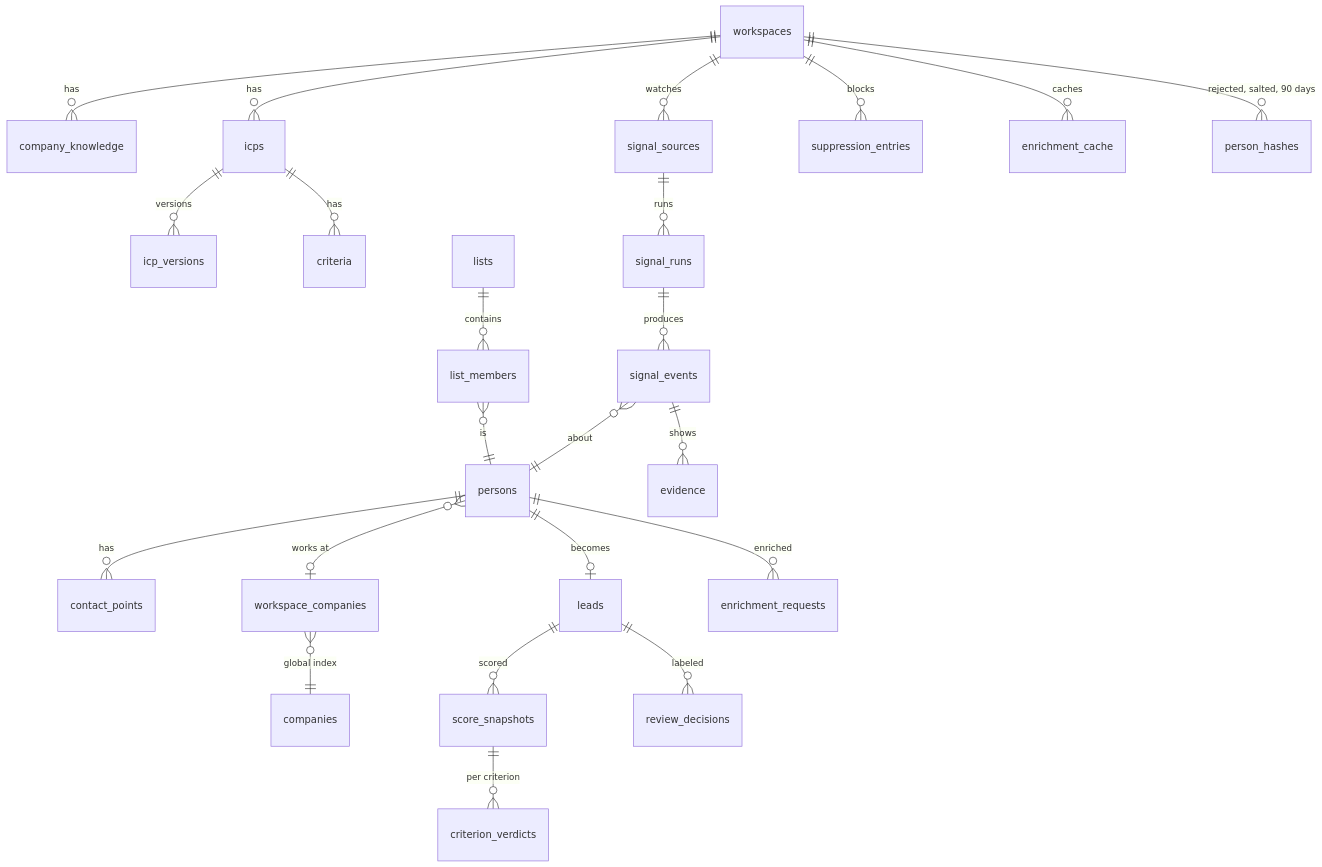
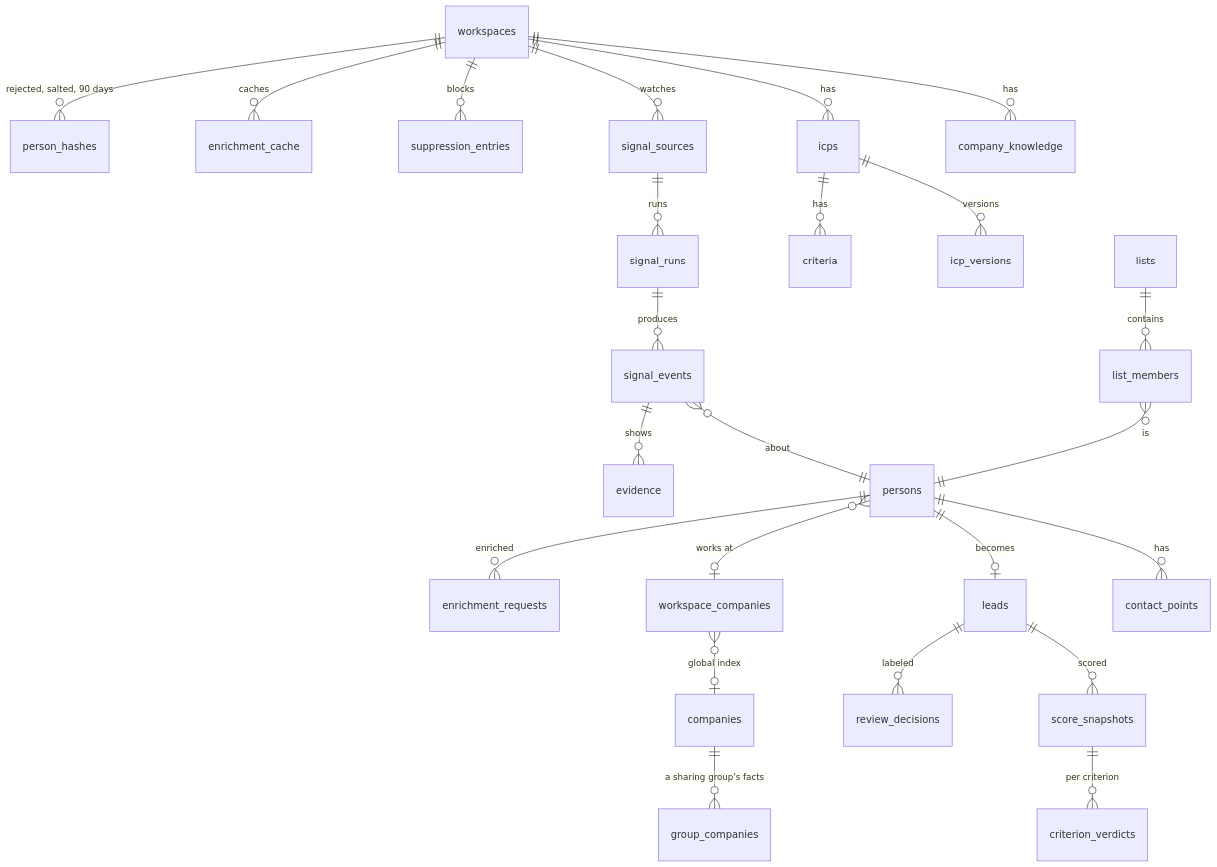
One commit to whytide/whytide changed diagram 11 of 41 in docs/architecture.md. Above: the diagram before and after it, drawn with Mermaid. The commit also changed other lines of this file and 2254 other files, not shown here.

````diff
--- a/docs/architecture.md
+++ b/docs/architecture.md
@@ -509,25 +511,26 @@
 ```mermaid
 erDiagram
   workspaces ||--o{ company_knowledge : "has"
   workspaces ||--o{ icps : "has"
   icps ||--o{ icp_versions : "versions"
   icps ||--o{ criteria : "has"
   workspaces ||--o{ signal_sources : "watches"
   signal_sources ||--o{ signal_runs : "runs"
   signal_runs ||--o{ signal_events : "produces"
   signal_events }o--|| persons : "about"
   signal_events ||--o{ evidence : "shows"
   persons ||--o{ contact_points : "has"
   persons ||--o| leads : "becomes"
   persons }o--o| workspace_companies : "works at"
-  workspace_companies }o--|| companies : "global index"
+  workspace_companies }o--o| companies : "global index"
+  companies ||--o{ group_companies : "a sharing group's facts"
   leads ||--o{ score_snapshots : "scored"
   score_snapshots ||--o{ criterion_verdicts : "per criterion"
   leads ||--o{ review_decisions : "labeled"
   lists ||--o{ list_members : "contains"
   list_members }o--|| persons : "is"
   workspaces ||--o{ suppression_entries : "blocks"
   persons ||--o{ enrichment_requests : "enriched"
   workspaces ||--o{ enrichment_cache : "caches"
   workspaces ||--o{ person_hashes : "rejected, salted, 90 days"
 ```
````
